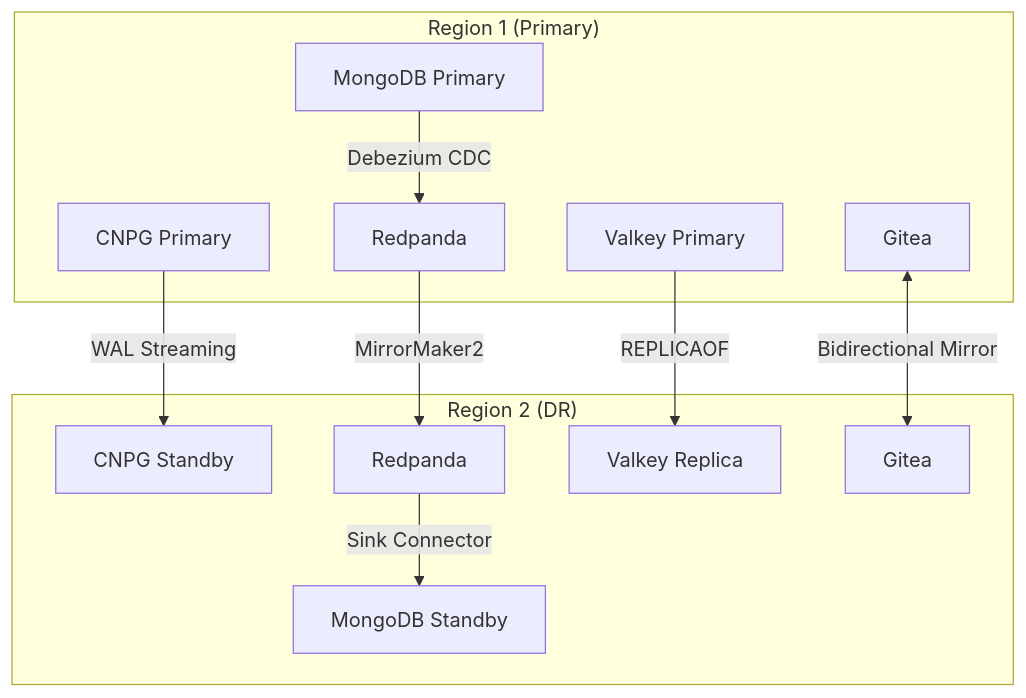
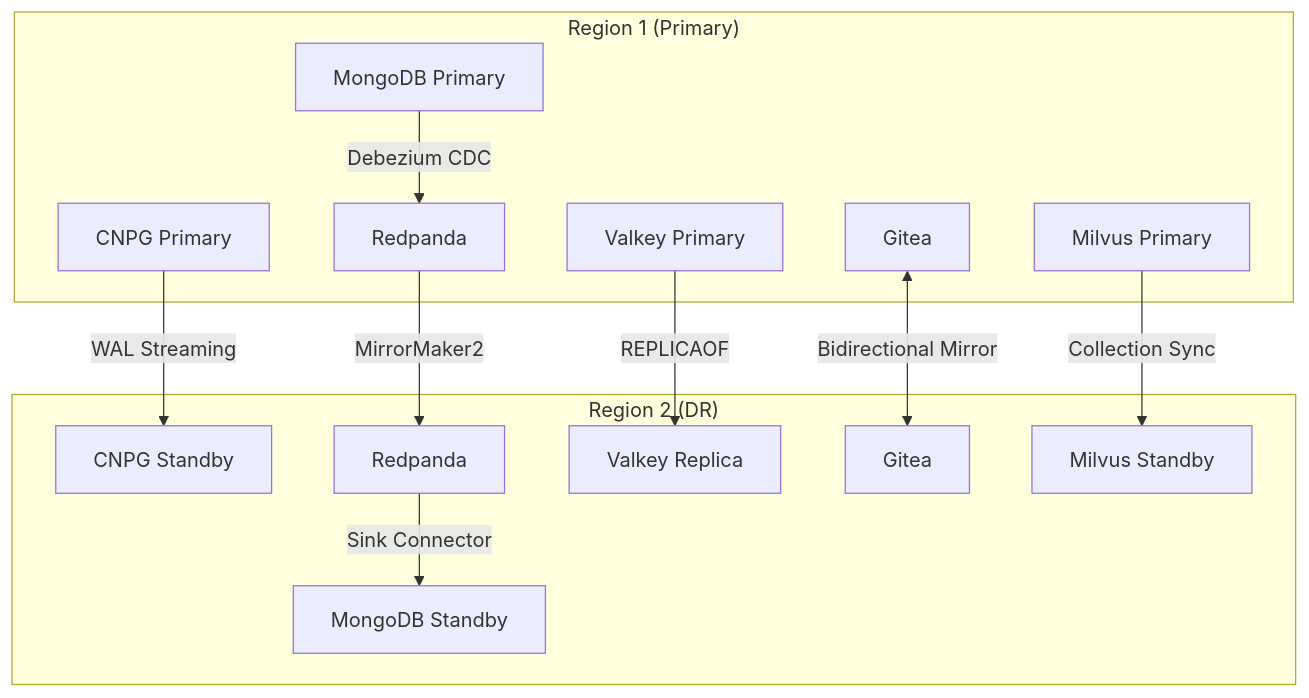
The fourth of 4 diagrams in PLATFORM-TECH-STACK.md (openova-io/.github), drawn with Mermaid before and after one commit. The commit also changed other lines of this file and 1 other file, not shown here.

````diff
--- a/PLATFORM-TECH-STACK.md
+++ b/PLATFORM-TECH-STACK.md
@@ -269,25 +402,28 @@
 ```mermaid
 flowchart TB
     subgraph Region1["Region 1 (Primary)"]
         PG1[CNPG Primary]
         MG1[MongoDB Primary]
         RP1[Redpanda]
         VK1[Valkey Primary]
         GT1[Gitea]
+        MV1[Milvus Primary]
     end
 
     subgraph Region2["Region 2 (DR)"]
         PG2[CNPG Standby]
         MG2[MongoDB Standby]
         RP2[Redpanda]
         VK2[Valkey Replica]
         GT2[Gitea]
+        MV2[Milvus Standby]
     end
 
     PG1 -->|"WAL Streaming"| PG2
     MG1 -->|"Debezium CDC"| RP1
     RP1 -->|"MirrorMaker2"| RP2
     RP2 -->|"Sink Connector"| MG2
     VK1 -->|"REPLICAOF"| VK2
     GT1 <-->|"Bidirectional Mirror"| GT2
+    MV1 -->|"Collection Sync"| MV2
 ```
````
